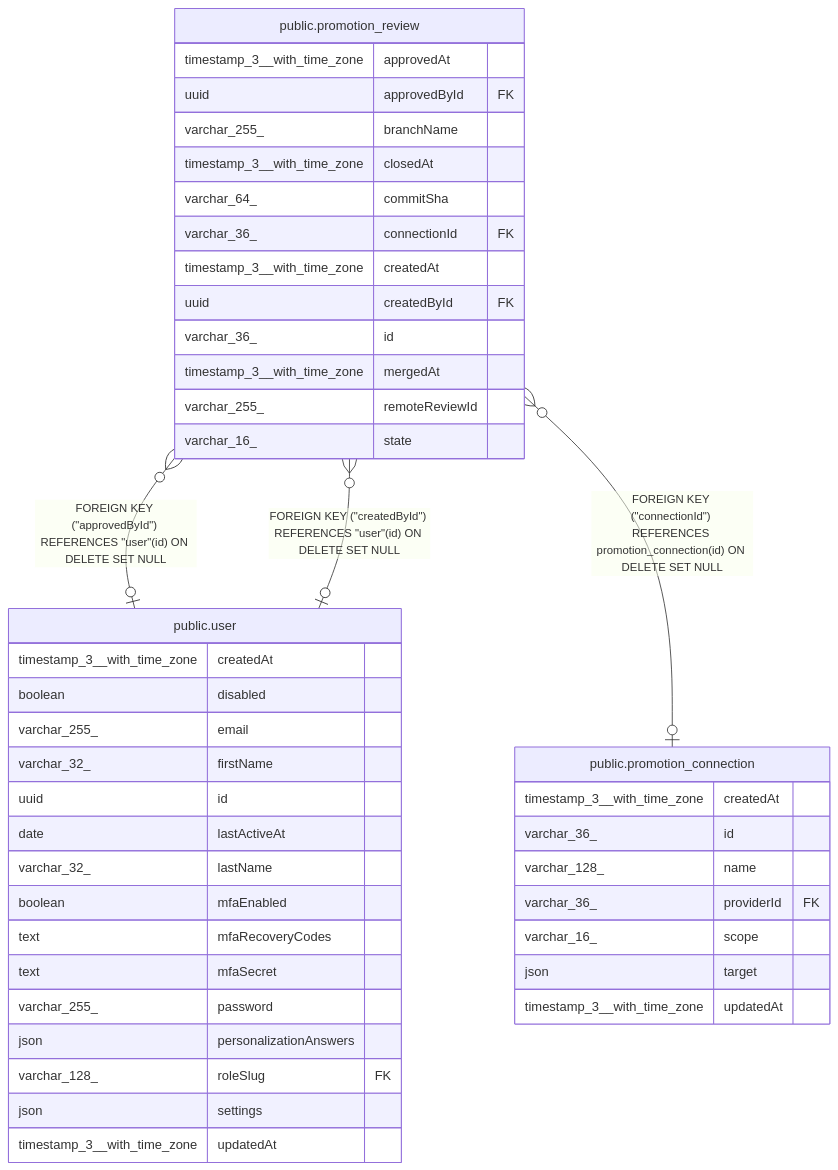
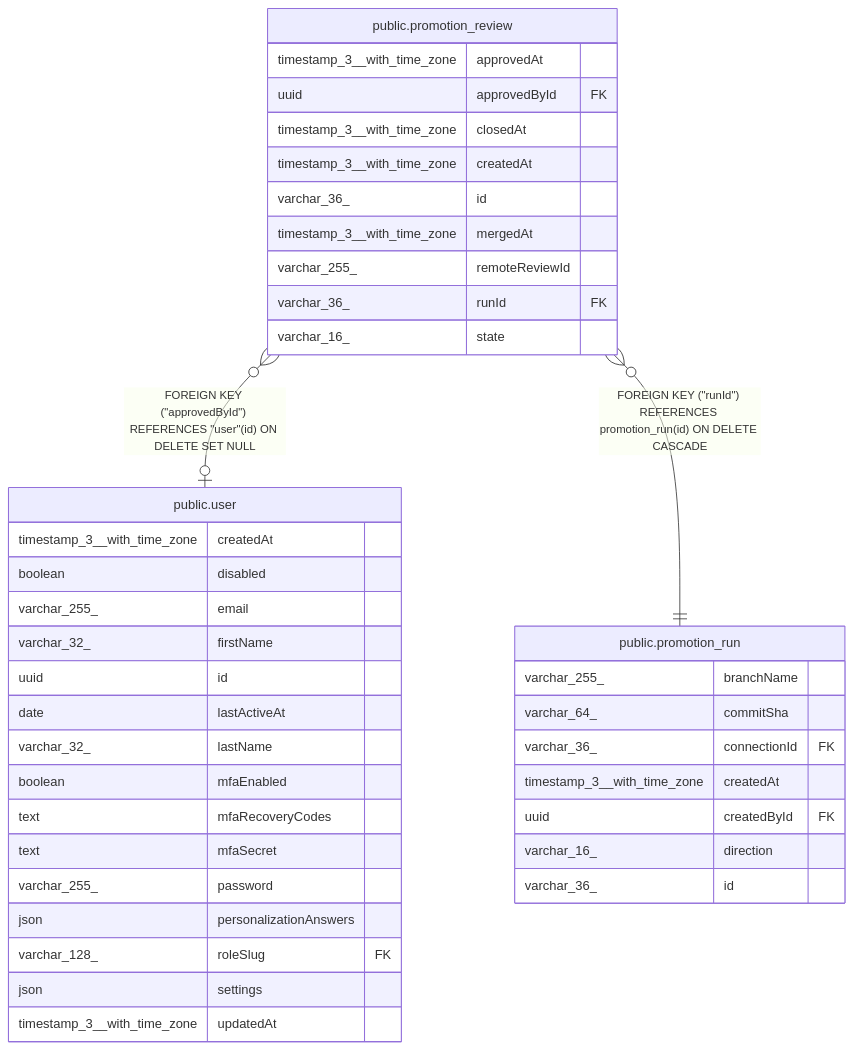
The diagram in docs/generated/postgres-schema/public.promotion_review.md (Flipped-168/n8n), drawn with Mermaid before and after one commit. The commit also changed other lines of this file and 18 other files, not shown here.

First line of the commit message:
feat(core): Record a promotion run separately from its review (no-changelog)

````diff
--- a/docs/generated/postgres-schema/public.promotion_review.md
+++ b/docs/generated/postgres-schema/public.promotion_review.md
@@ -46,48 +41,44 @@
 ```mermaid
 erDiagram
 
 "public.promotion_review" }o--o| "public.user" : "FOREIGN KEY (#quot;approvedById#quot;) REFERENCES #quot;user#quot;(id) ON DELETE SET NULL"
-"public.promotion_review" }o--o| "public.promotion_connection" : "FOREIGN KEY (#quot;connectionId#quot;) REFERENCES promotion_connection(id) ON DELETE SET NULL"
-"public.promotion_review" }o--o| "public.user" : "FOREIGN KEY (#quot;createdById#quot;) REFERENCES #quot;user#quot;(id) ON DELETE SET NULL"
+"public.promotion_review" }o--|| "public.promotion_run" : "FOREIGN KEY (#quot;runId#quot;) REFERENCES promotion_run(id) ON DELETE CASCADE"
 
 "public.promotion_review" {
   timestamp_3__with_time_zone approvedAt
   uuid approvedById FK
-  varchar_255_ branchName
   timestamp_3__with_time_zone closedAt
-  varchar_64_ commitSha
-  varchar_36_ connectionId FK
   timestamp_3__with_time_zone createdAt
-  uuid createdById FK
   varchar_36_ id
   timestamp_3__with_time_zone mergedAt
   varchar_255_ remoteReviewId
+  varchar_36_ runId FK
   varchar_16_ state
 }
 "public.user" {
   timestamp_3__with_time_zone createdAt
   boolean disabled
   varchar_255_ email
   varchar_32_ firstName
   uuid id
   date lastActiveAt
   varchar_32_ lastName
   boolean mfaEnabled
   text mfaRecoveryCodes
   text mfaSecret
   varchar_255_ password
   json personalizationAnswers
   varchar_128_ roleSlug FK
   json settings
   timestamp_3__with_time_zone updatedAt
 }
-"public.promotion_connection" {
+"public.promotion_run" {
+  varchar_255_ branchName
+  varchar_64_ commitSha
+  varchar_36_ connectionId FK
   timestamp_3__with_time_zone createdAt
+  uuid createdById FK
+  varchar_16_ direction
   varchar_36_ id
-  varchar_128_ name
-  varchar_36_ providerId FK
-  varchar_16_ scope
-  json target
-  timestamp_3__with_time_zone updatedAt
 }
 ```
````
